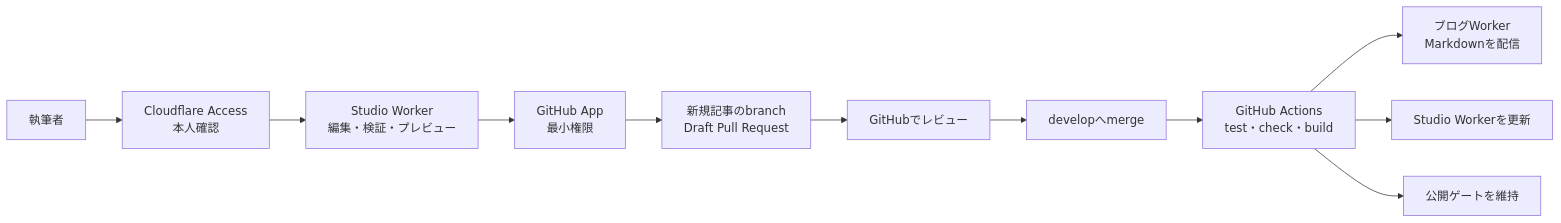
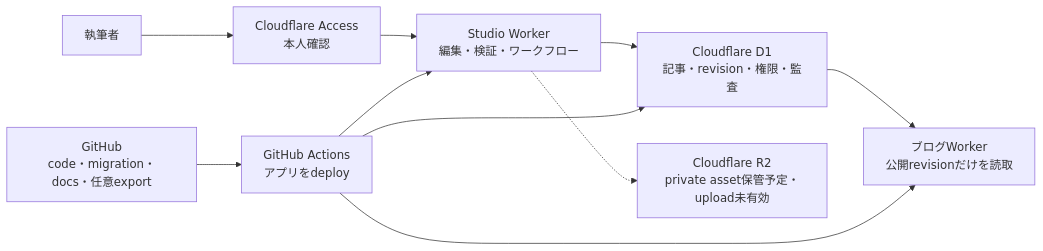
The diagram in docs/studio-blog-connectivity.md (mani1261790/Noema), drawn with Mermaid before and after one commit. The commit also changed other lines of this file and 10 other files, not shown here.

Commit message:
Document and automate the CMS publishing flow

````diff
--- a/docs/studio-blog-connectivity.md
+++ b/docs/studio-blog-connectivity.md
@@ -17,13 +17,12 @@
 ```mermaid
 flowchart LR
   Author["執筆者"] --> Access["Cloudflare Access<br/>本人確認"]
-  Access --> Studio["Studio Worker<br/>編集・検証・プレビュー"]
-  Studio --> App["GitHub App<br/>最小権限"]
-  App --> Draft["新規記事のbranch<br/>Draft Pull Request"]
-  Draft --> Review["GitHubでレビュー"]
-  Review --> Develop["developへmerge"]
-  Develop --> Actions["GitHub Actions<br/>test・check・build"]
-  Actions --> Blog["ブログWorker<br/>Markdownを配信"]
-  Actions --> StudioDeploy["Studio Workerを更新"]
-  Actions --> Gate["公開ゲートを維持"]
+  Access --> Studio["Studio Worker<br/>編集・検証・ワークフロー"]
+  Studio --> D1["Cloudflare D1<br/>記事・revision・権限・監査"]
+  D1 --> Blog["ブログWorker<br/>公開revisionだけを読取"]
+  Studio -.-> R2["Cloudflare R2<br/>private asset保管予定・upload未有効"]
+  GitHub["GitHub<br/>code・migration・docs・任意export"] --> Actions["GitHub Actions<br/>アプリをdeploy"]
+  Actions --> D1
+  Actions --> Blog
+  Actions --> Studio
 ```
````
